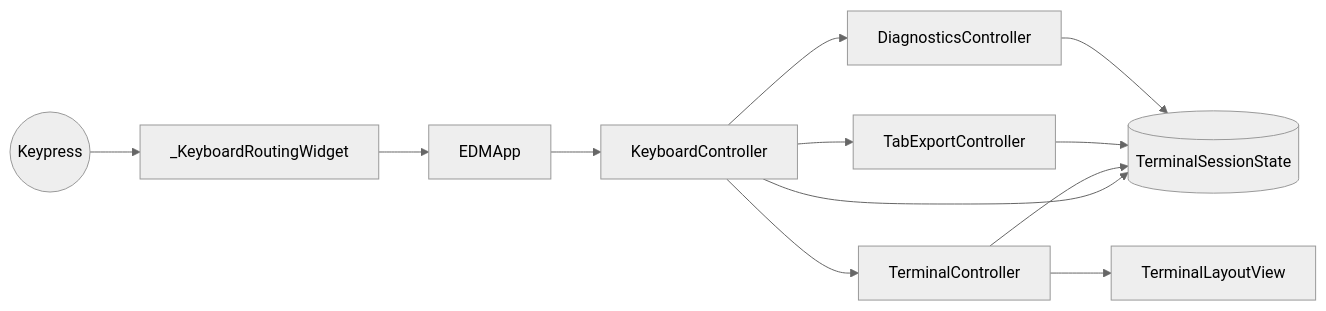
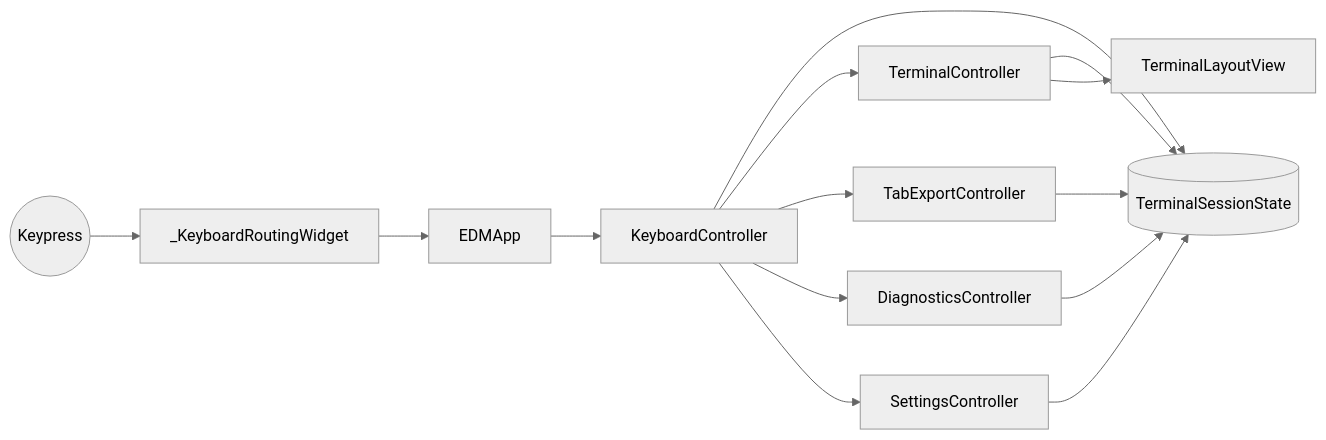
One commit to arabnejad/edm changed the third of 5 diagrams in DEVELOPMENT_GUIDE.md. Above: the diagram before and after it, drawn with Mermaid (neutral theme). The commit also changed other lines of this file and 23 other files, not shown here.

````diff
--- a/DEVELOPMENT_GUIDE.md
+++ b/DEVELOPMENT_GUIDE.md
@@ -265,22 +275,25 @@
 ```mermaid
 flowchart LR
     Key((Keypress))
     Root[_KeyboardRoutingWidget]
     App[EDMApp]
     Keyboard[KeyboardController]
     UI[TerminalController]
     Export[TabExportController]
     Diagnostics[DiagnosticsController]
+    Settings[SettingsController]
     State[(TerminalSessionState)]
     View[TerminalLayoutView]
 
     Key --> Root --> App --> Keyboard
     Keyboard --> State
     Keyboard --> UI
     Keyboard --> Export
     Keyboard --> Diagnostics
+    Keyboard --> Settings
     UI --> State
     Export --> State
     Diagnostics --> State
+    Settings --> State
     UI --> View
 ```
````
